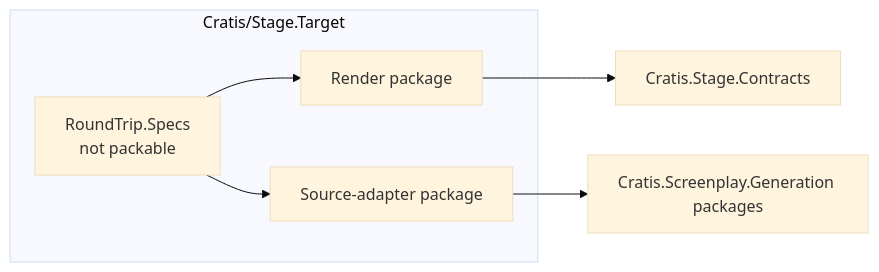
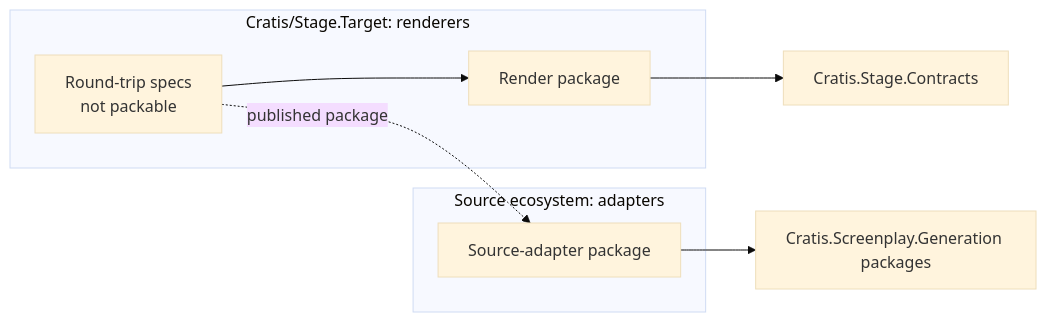
Before and after one commit to Cratis/Stage: the diagram in Documentation/guides/target-repository-model.md, drawn with Mermaid (base theme). The commit also changed other lines of this file and 2 other files, not shown here.

First line of the commit message:
Describe renderers and source adapters as separate repository families

````diff
--- a/Documentation/guides/target-repository-model.md
+++ b/Documentation/guides/target-repository-model.md
@@ -14,12 +12,14 @@
 ```mermaid
 flowchart LR
-    subgraph Repo[Cratis/Stage.Target]
+    subgraph Renderers[Cratis/Stage.Target: renderers]
         Render[Render package]
+        RoundTrip[Round-trip specs<br/>not packable]
+    end
+    subgraph Adapters[Source ecosystem: adapters]
         Adapter[Source-adapter package]
-        RoundTrip[RoundTrip.Specs<br/>not packable]
     end
     Render --> Contracts[Cratis.Stage.Contracts]
     Adapter --> Generation[Cratis.Screenplay.Generation packages]
     RoundTrip --> Render
-    RoundTrip --> Adapter
+    RoundTrip -. published package .-> Adapter
 ```
````
